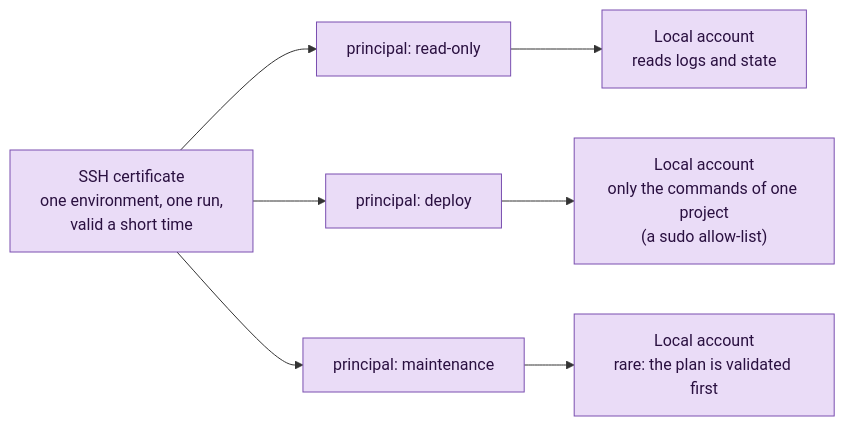
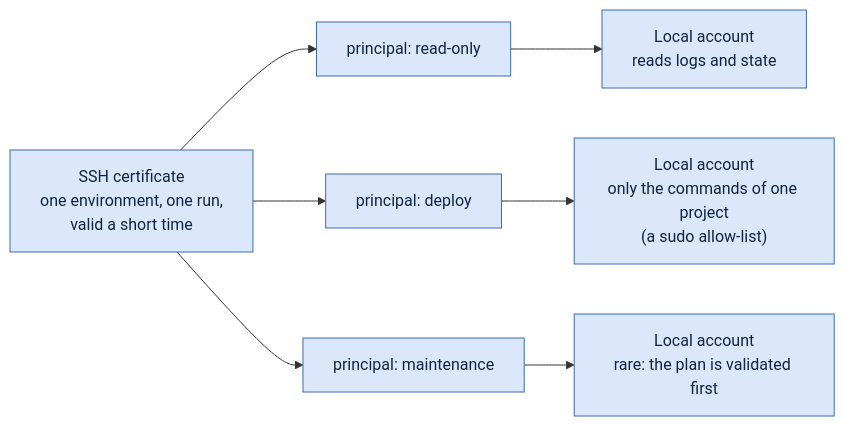
Before and after one commit to MafLabs38/orchestrarr: the third of 4 diagrams in docs/security-model.md, drawn with Mermaid. The commit also changed other lines of this file and 2 other files, not shown here.

````diff
--- a/docs/security-model.md
+++ b/docs/security-model.md
@@ -128,17 +126,17 @@
 ```mermaid
 flowchart LR
   cert["SSH certificate<br/>one environment, one run,<br/>valid a short time"]
   p1["principal: read-only"]
   p2["principal: deploy"]
   p3["principal: maintenance"]
   a1["Local account<br/>reads logs and state"]
   a2["Local account<br/>only the commands of one project<br/>(a sudo allow-list)"]
   a3["Local account<br/>rare: the plan is validated first"]
 
   cert --> p1 --> a1
   cert --> p2 --> a2
   cert --> p3 --> a3
 
-  classDef proposed fill:#eadcf7,stroke:#7a4fb0,color:#2a1040
-  class cert,p1,p2,p3,a1,a2,a3 proposed
+  classDef decided fill:#dbe8fb,stroke:#3b6ab0,color:#10233f
+  class cert,p1,p2,p3,a1,a2,a3 decided
 ```
````
